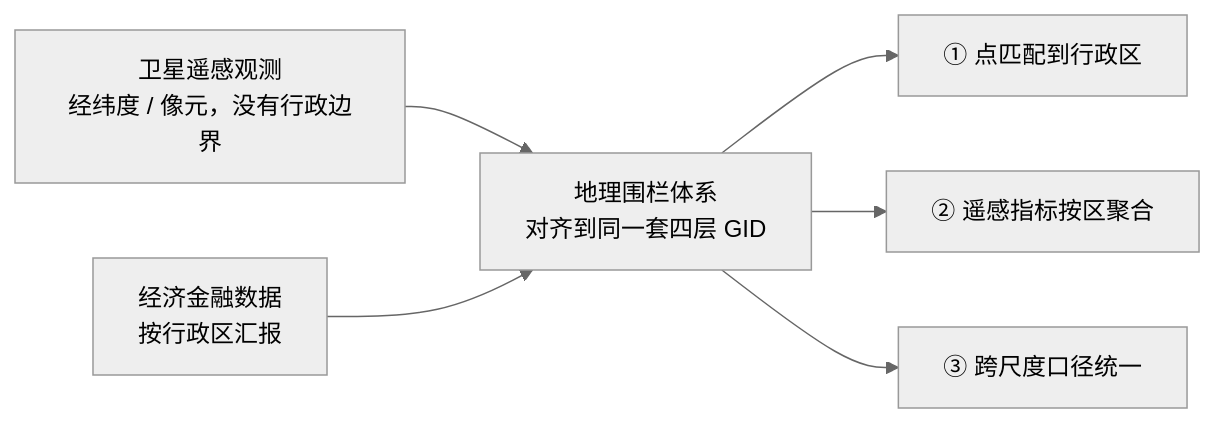
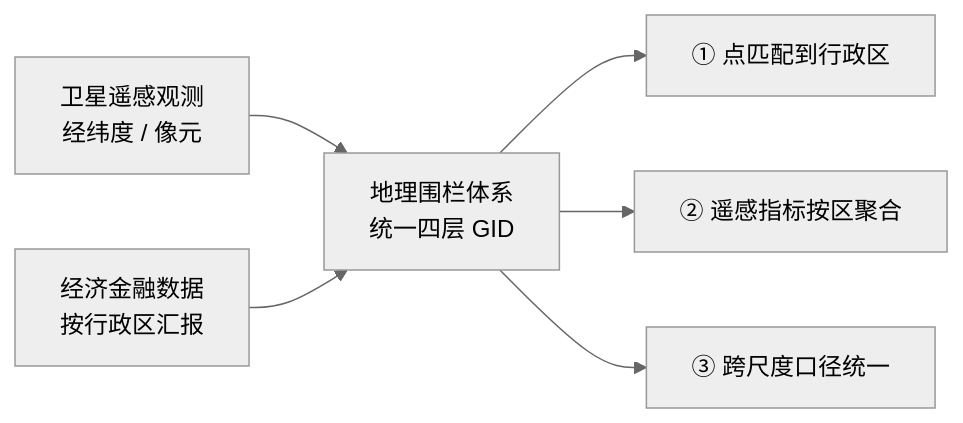
Before and after one commit to CangMingGuoKe/geofence-geoecon-system: the diagram in README.md, drawn with Mermaid (neutral theme). The commit also changed other lines of this file, not shown here.

````diff
--- a/README.md
+++ b/README.md
@@ -83,8 +9,8 @@
 ```mermaid
 flowchart LR
-  A["卫星遥感观测<br>经纬度 / 像元，没有行政边界"] --> C["地理围栏体系<br>对齐到同一套四层 GID"]
+  A["卫星遥感观测<br>经纬度 / 像元"] --> C["地理围栏体系<br>统一四层 GID"]
   B["经济金融数据<br>按行政区汇报"] --> C
   C --> D["① 点匹配到行政区"]
   C --> E["② 遥感指标按区聚合"]
   C --> F["③ 跨尺度口径统一"]
 ```
````
